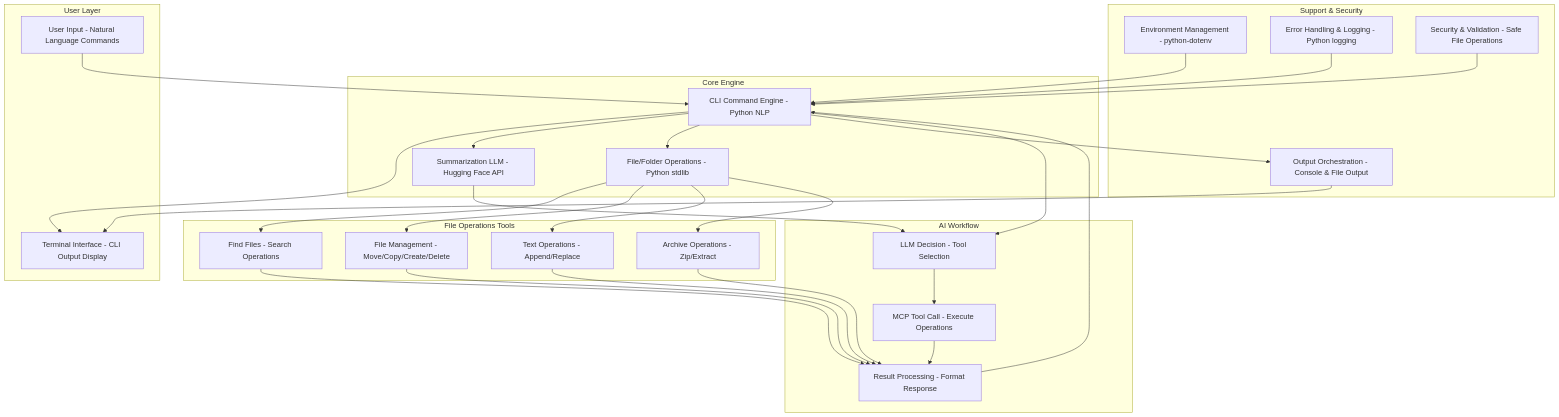
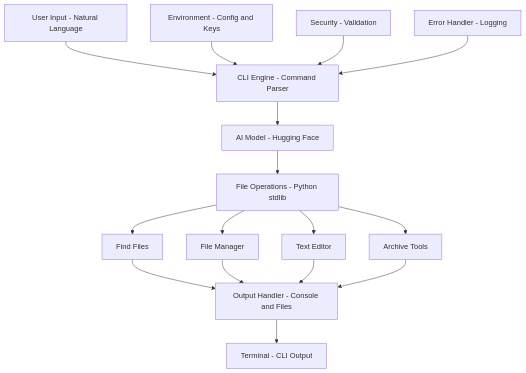
The diagram in README.md (NikithaKunapareddy/Tiny-Agents-The-Conversational-File-Document-AI-Engine), drawn with Mermaid before and after one commit. The commit also changed other lines of this file, not shown here.

````diff
--- a/README.md
+++ b/README.md
@@ -31,58 +30,38 @@
 ```mermaid
-flowchart TB
-    subgraph "User Layer"
-        U1[User Input - Natural Language Commands]
-        U2[Terminal Interface - CLI Output Display]
-    end
-    subgraph "Core Engine"
-        A1[CLI Command Engine - Python NLP]
-        A2[Summarization LLM - Hugging Face API]
-        A3[File/Folder Operations - Python stdlib]
-    end
-    subgraph "Support & Security"
-        B1[Environment Management - python-dotenv]
-        B2[Output Orchestration - Console & File Output]
-        B3[Error Handling & Logging - Python logging]
-        B4[Security & Validation - Safe File Operations]
-    end
-    subgraph "File Operations Tools"
-        C1[Find Files - Search Operations]
-        C2[File Management - Move/Copy/Create/Delete]
-        C3[Text Operations - Append/Replace]
-        C4[Archive Operations - Zip/Extract]
-    end
-    subgraph "AI Workflow"
-        D1[LLM Decision - Tool Selection]
-        D2[MCP Tool Call - Execute Operations]
-        D3[Result Processing - Format Response]
-    end
-    %% Main User Flow
-    U1 --> A1
-    A1 --> U2
-    %% Core Engine Processing
-    A1 --> A2
-    A1 --> A3
-    A1 --> B2
+flowchart TD
+    %% User Interface
+    USER[User Input - Natural Language]
+    TERMINAL[Terminal - CLI Output]
+    %% Core Processing
+    CLI[CLI Engine - Command Parser]
+    LLM[AI Model - Hugging Face]
+    FILES[File Operations - Python stdlib]
     %% Support Systems
-    B1 --> A1
-    B3 --> A1
-    B4 --> A1
-    %% AI Decision Workflow
-    A1 --> D1
-    D1 --> D2
-    D2 --> D3
-    D3 --> A1
-    %% Tool Operations
-    A3 --> C1
-    A3 --> C2
-    A3 --> C3
-    A3 --> C4
-    %% Results Return
-    C1 --> D3
-    C2 --> D3
-    C3 --> D3
-    C4 --> D3
-    %% Additional Connections
-    A2 --> D1
-    B2 --> U2
+    ENV[Environment - Config and Keys]
+    OUTPUT[Output Handler - Console and Files]
+    SECURITY[Security - Validation]
+    LOGGER[Error Handler - Logging]
+    %% File Tools
+    FIND[Find Files]
+    MANAGE[File Manager]
+    TEXT[Text Editor]
+    ARCHIVE[Archive Tools]
+    %% Main Flow
+    USER --> CLI
+    CLI --> LLM
+    LLM --> FILES
+    FILES --> FIND
+    FILES --> MANAGE
+    FILES --> TEXT
+    FILES --> ARCHIVE
+    %% Return Path
+    FIND --> OUTPUT
+    MANAGE --> OUTPUT
+    TEXT --> OUTPUT
+    ARCHIVE --> OUTPUT
+    OUTPUT --> TERMINAL
+    %% Support Connections
+    ENV --> CLI
+    SECURITY --> CLI
+    LOGGER --> CLI
 ```
````
